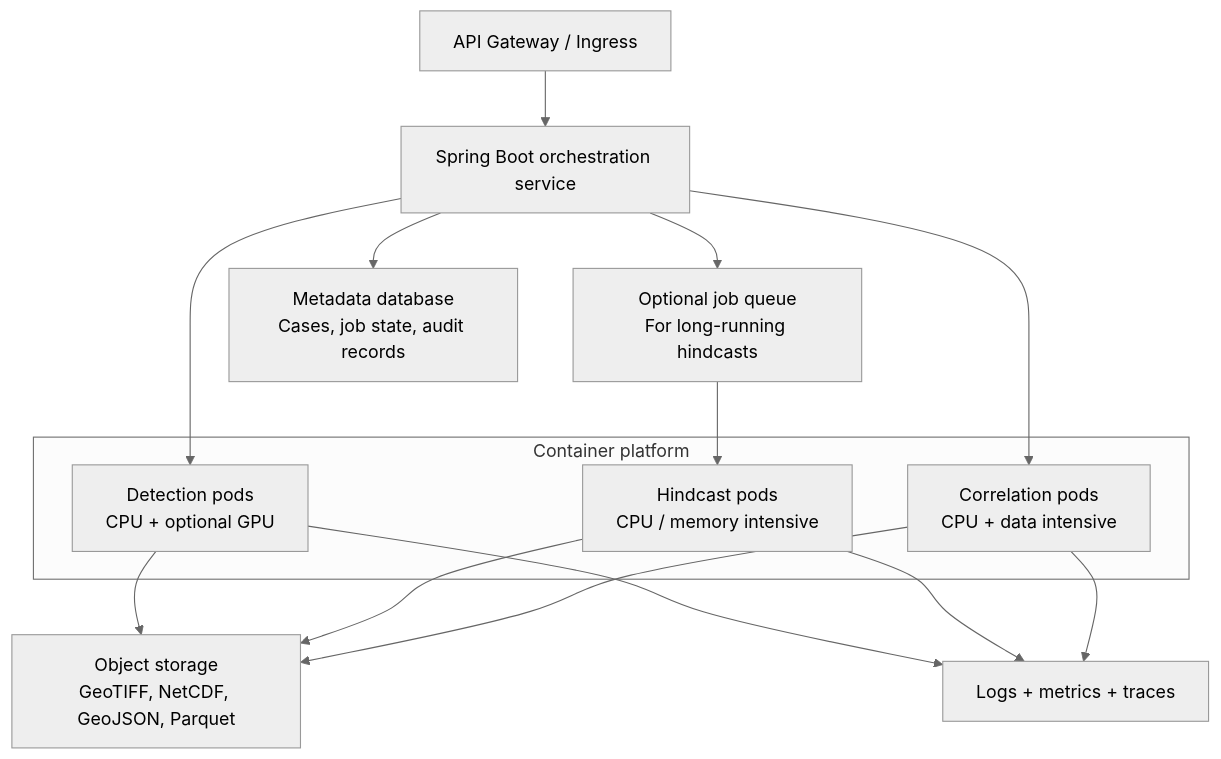
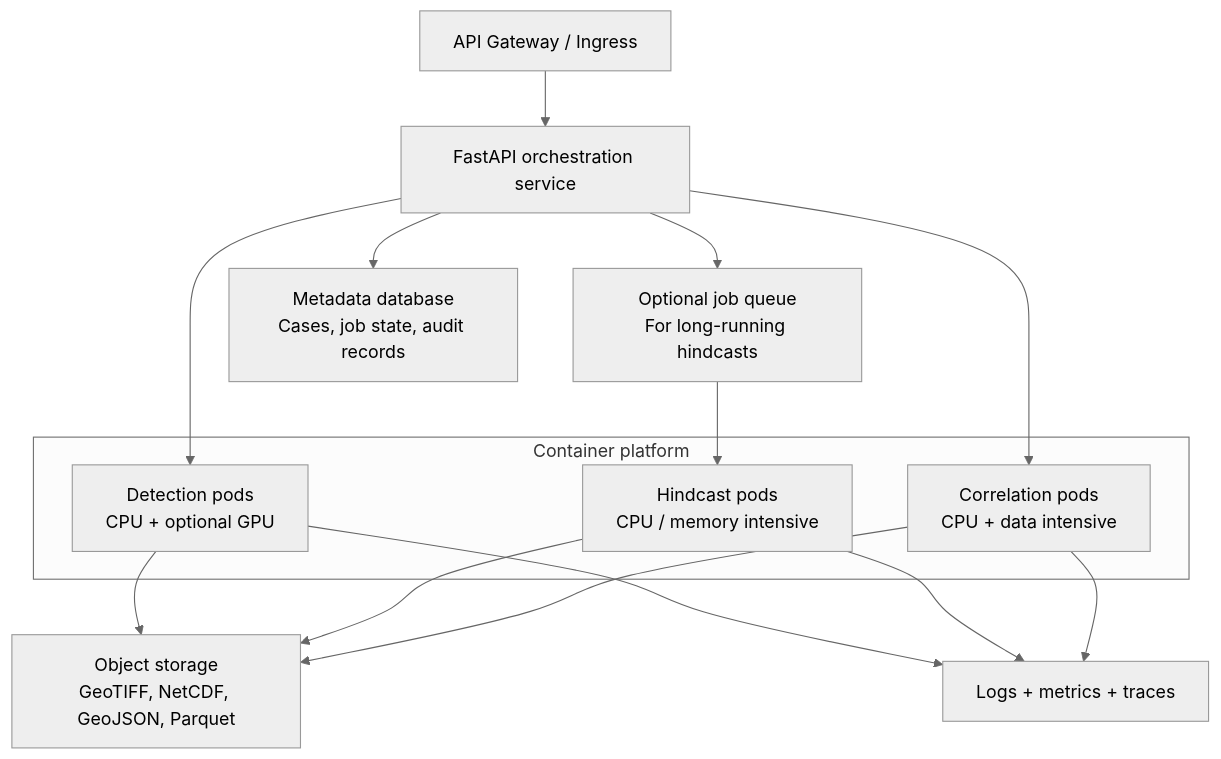
One commit to ankushkumar14092-dot/sih-architecture changed the eighth of 25 diagrams in ai-ml-maritime-oil-spill-architecture.md. Above: the diagram before and after it, drawn with Mermaid (neutral theme). The commit also changed other lines of this file and 1 other file, not shown here.

Commit message:
Document FastAPI architecture and implementation plan

````diff
--- a/ai-ml-maritime-oil-spill-architecture.md
+++ b/ai-ml-maritime-oil-spill-architecture.md
@@ -520,28 +520,28 @@
 ```mermaid
 flowchart TB
     GATEWAY["API Gateway / Ingress"]
-    ORCH["Spring Boot orchestration service"]
+    ORCH["FastAPI orchestration service"]
     Q["Optional job queue\nFor long-running hindcasts"]
 
     subgraph K8S["Container platform"]
         D["Detection pods\nCPU + optional GPU"]
         H["Hindcast pods\nCPU / memory intensive"]
         C["Correlation pods\nCPU + data intensive"]
     end
 
     OBJ["Object storage\nGeoTIFF, NetCDF, GeoJSON, Parquet"]
     META["Metadata database\nCases, job state, audit records"]
     OBS["Logs + metrics + traces"]
 
     GATEWAY --> ORCH
     ORCH --> D
     ORCH --> Q --> H
     ORCH --> C
     D --> OBJ
     H --> OBJ
     C --> OBJ
     ORCH --> META
     D --> OBS
     H --> OBS
     C --> OBS
 ```
````
